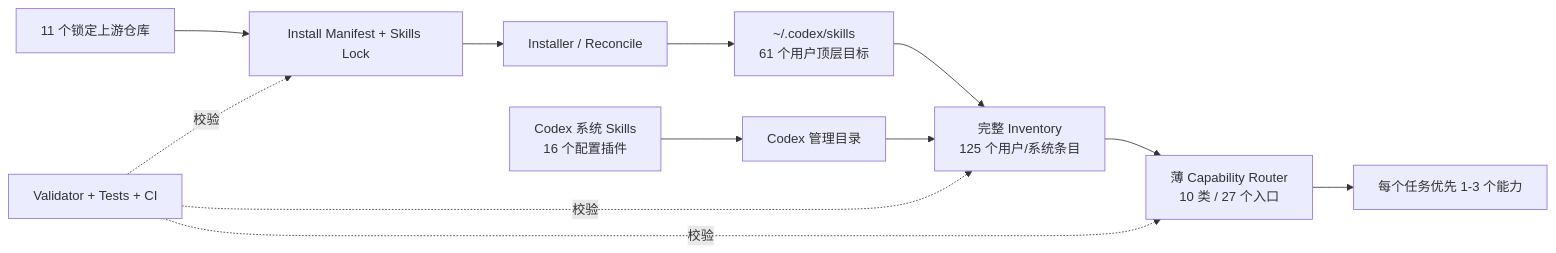
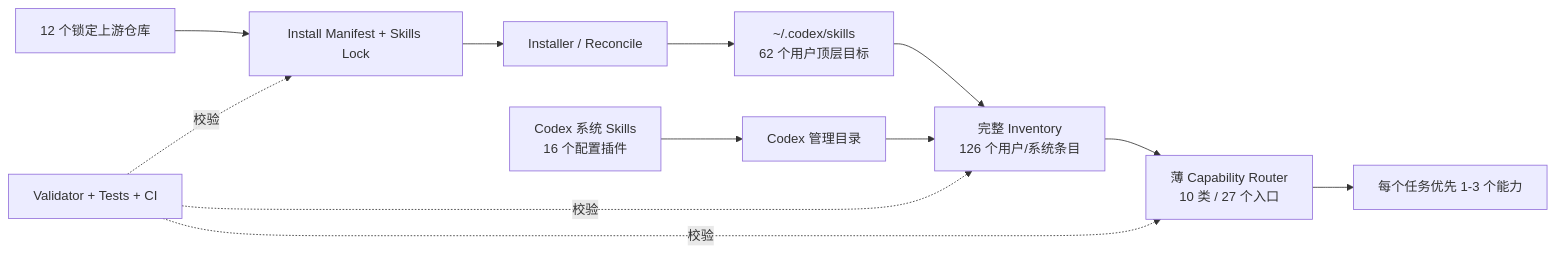
One commit to Yan-ShiBo/codex-skills-kit changed the diagram in README.md. Above: the diagram before and after it, drawn with Mermaid. The commit also changed other lines of this file and 11 other files, not shown here.

````diff
--- a/README.md
+++ b/README.md
@@ -20,14 +20,14 @@
 ```mermaid
 flowchart LR
-    A["11 个锁定上游仓库"] --> B["Install Manifest + Skills Lock"]
+    A["12 个锁定上游仓库"] --> B["Install Manifest + Skills Lock"]
     B --> C["Installer / Reconcile"]
-    C --> D["~/.codex/skills<br/>61 个用户顶层目标"]
+    C --> D["~/.codex/skills<br/>62 个用户顶层目标"]
     E["Codex 系统 Skills<br/>16 个配置插件"] --> F["Codex 管理目录"]
-    D --> G["完整 Inventory<br/>125 个用户/系统条目"]
+    D --> G["完整 Inventory<br/>126 个用户/系统条目"]
     F --> G
     G --> H["薄 Capability Router<br/>10 类 / 27 个入口"]
     H --> I["每个任务优先 1-3 个能力"]
     V["Validator + Tests + CI"] -. 校验 .-> B
     V -. 校验 .-> G
     V -. 校验 .-> H
 ```
````
